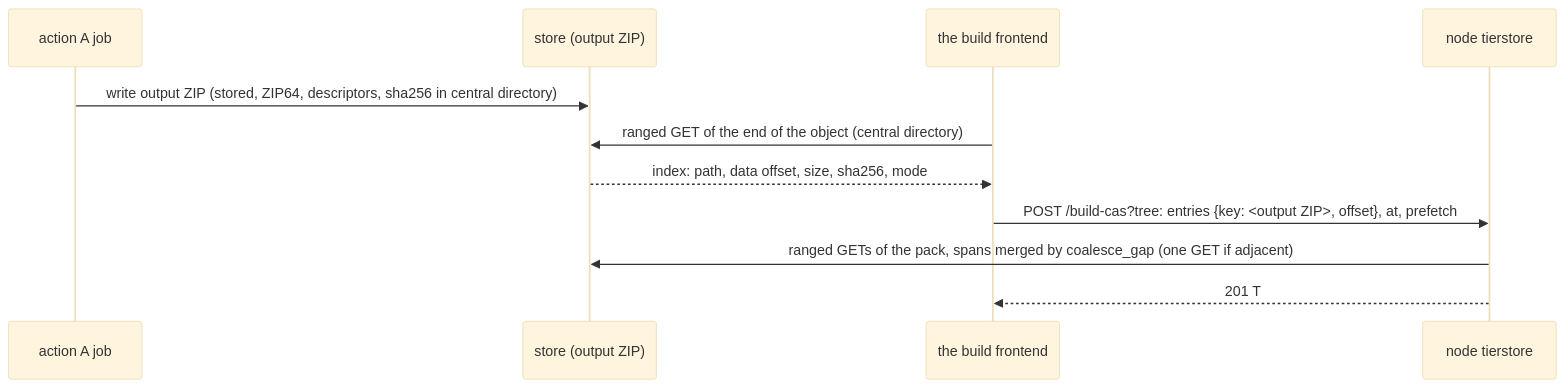
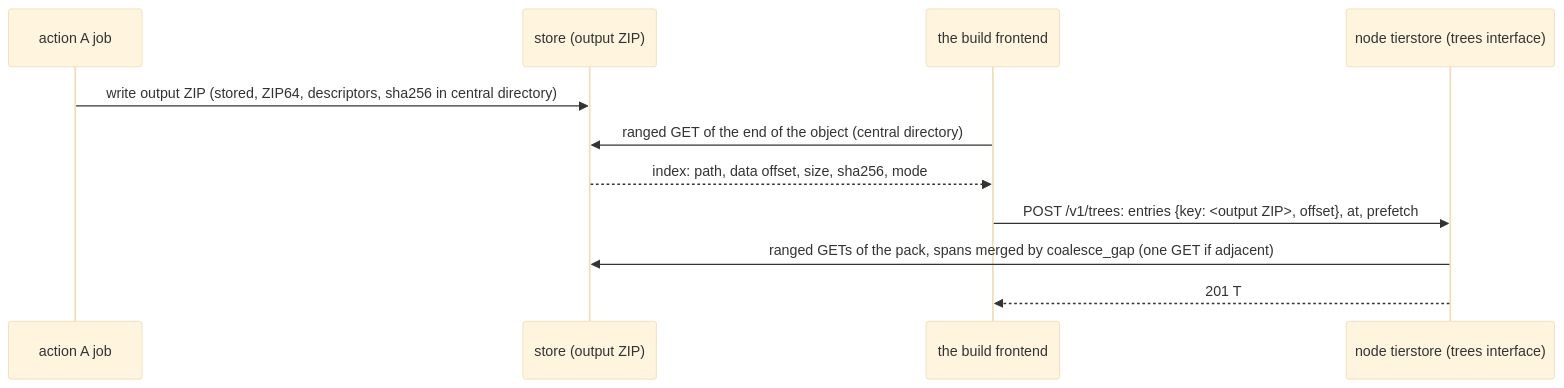
One commit to komira-ai/tierstore changed the third of 3 diagrams in docs/design/node-local-trees.md. Above: the diagram before and after it, drawn with Mermaid (base theme). The commit also changed other lines of this file, not shown here.

First line of the commit message:
Node-local trees design: the create call is its own trees API, not an S3 subresource

````diff
--- a/docs/design/node-local-trees.md
+++ b/docs/design/node-local-trees.md
@@ -449,13 +584,13 @@
 ```mermaid
 sequenceDiagram
     participant A as action A job
     participant S as store (output ZIP)
     participant K as the build frontend
-    participant N as node tierstore
+    participant N as node tierstore (trees interface)
     A->>S: write output ZIP (stored, ZIP64, descriptors, sha256 in central directory)
     K->>S: ranged GET of the end of the object (central directory)
     S-->>K: index: path, data offset, size, sha256, mode
-    K->>N: POST /build-cas?tree: entries {key: <output ZIP>, offset}, at, prefetch
+    K->>N: POST /v1/trees: entries {key: <output ZIP>, offset}, at, prefetch
     N->>S: ranged GETs of the pack, spans merged by coalesce_gap (one GET if adjacent)
     N-->>K: 201 T
 ```
````
